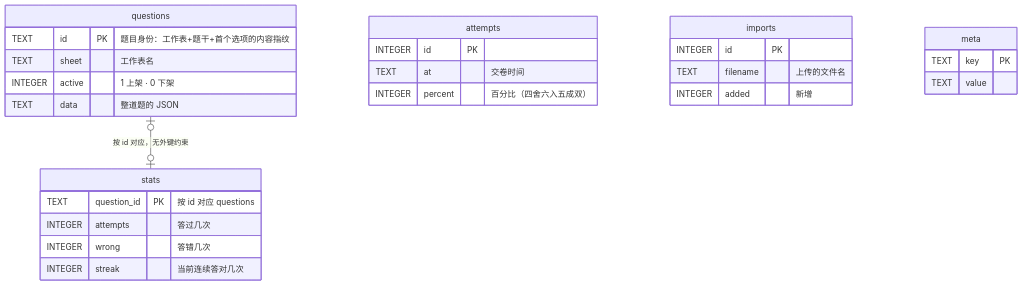
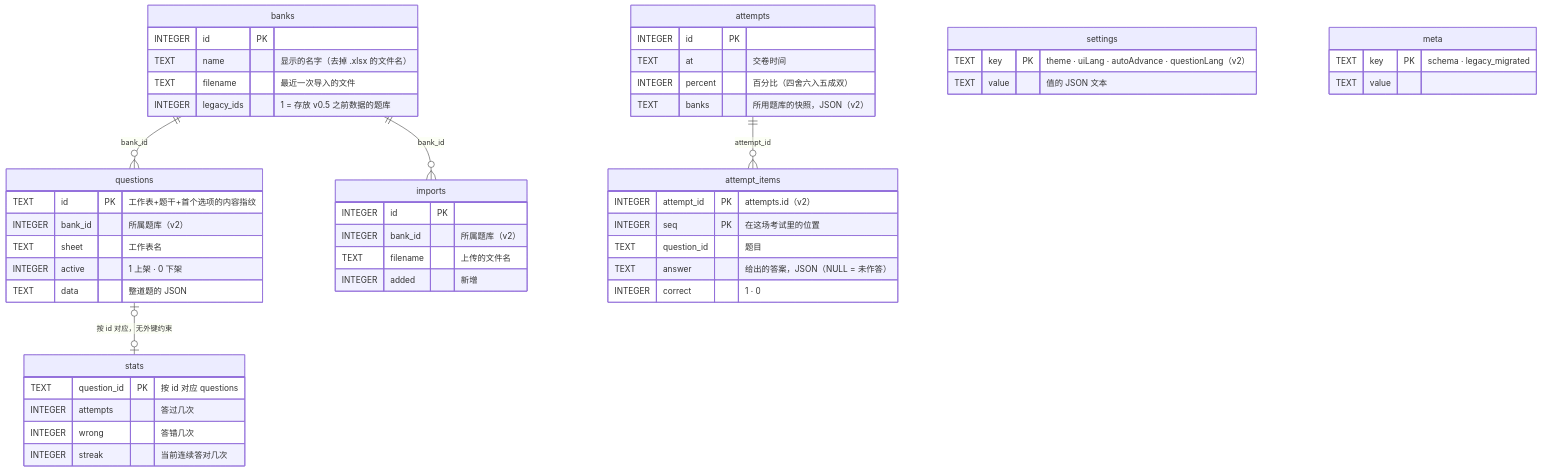
Before and after one commit to Yumin-Space/xexam: the fifth of 7 diagrams in README.zh-CN.md, drawn with Mermaid. The commit also changed other lines of this file and 205 other files, not shown here.

````diff
--- a/README.zh-CN.md
+++ b/README.zh-CN.md
@@ -184,30 +696,53 @@
 ```mermaid
 erDiagram
+    banks {
+        INTEGER id PK
+        TEXT name "显示的名字（去掉 .xlsx 的文件名）"
+        TEXT filename "最近一次导入的文件"
+        INTEGER legacy_ids "1 = 存放 v0.5 之前数据的题库"
+    }
     questions {
-        TEXT id PK "题目身份：工作表+题干+首个选项的内容指纹"
+        TEXT id PK "工作表+题干+首个选项的内容指纹"
+        INTEGER bank_id "所属题库（v2）"
         TEXT sheet "工作表名"
         INTEGER active "1 上架 · 0 下架"
         TEXT data "整道题的 JSON"
     }
     stats {
         TEXT question_id PK "按 id 对应 questions"
         INTEGER attempts "答过几次"
         INTEGER wrong "答错几次"
         INTEGER streak "当前连续答对几次"
     }
     attempts {
         INTEGER id PK
         TEXT at "交卷时间"
         INTEGER percent "百分比（四舍六入五成双）"
+        TEXT banks "所用题库的快照，JSON（v2）"
+    }
+    attempt_items {
+        INTEGER attempt_id PK "attempts.id（v2）"
+        INTEGER seq PK "在这场考试里的位置"
+        TEXT question_id "题目"
+        TEXT answer "给出的答案，JSON（NULL = 未作答）"
+        INTEGER correct "1 · 0"
     }
     imports {
         INTEGER id PK
+        INTEGER bank_id "所属题库（v2）"
         TEXT filename "上传的文件名"
         INTEGER added "新增"
     }
+    settings {
+        TEXT key PK "theme · uiLang · autoAdvance · questionLang（v2）"
+        TEXT value "值的 JSON 文本"
+    }
     meta {
-        TEXT key PK
+        TEXT key PK "schema · legacy_migrated"
         TEXT value
     }
+    banks ||--o{ questions : "bank_id"
+    banks ||--o{ imports : "bank_id"
+    attempts ||--o{ attempt_items : "attempt_id"
     questions |o--o| stats : "按 id 对应，无外键约束"
 ```
````
